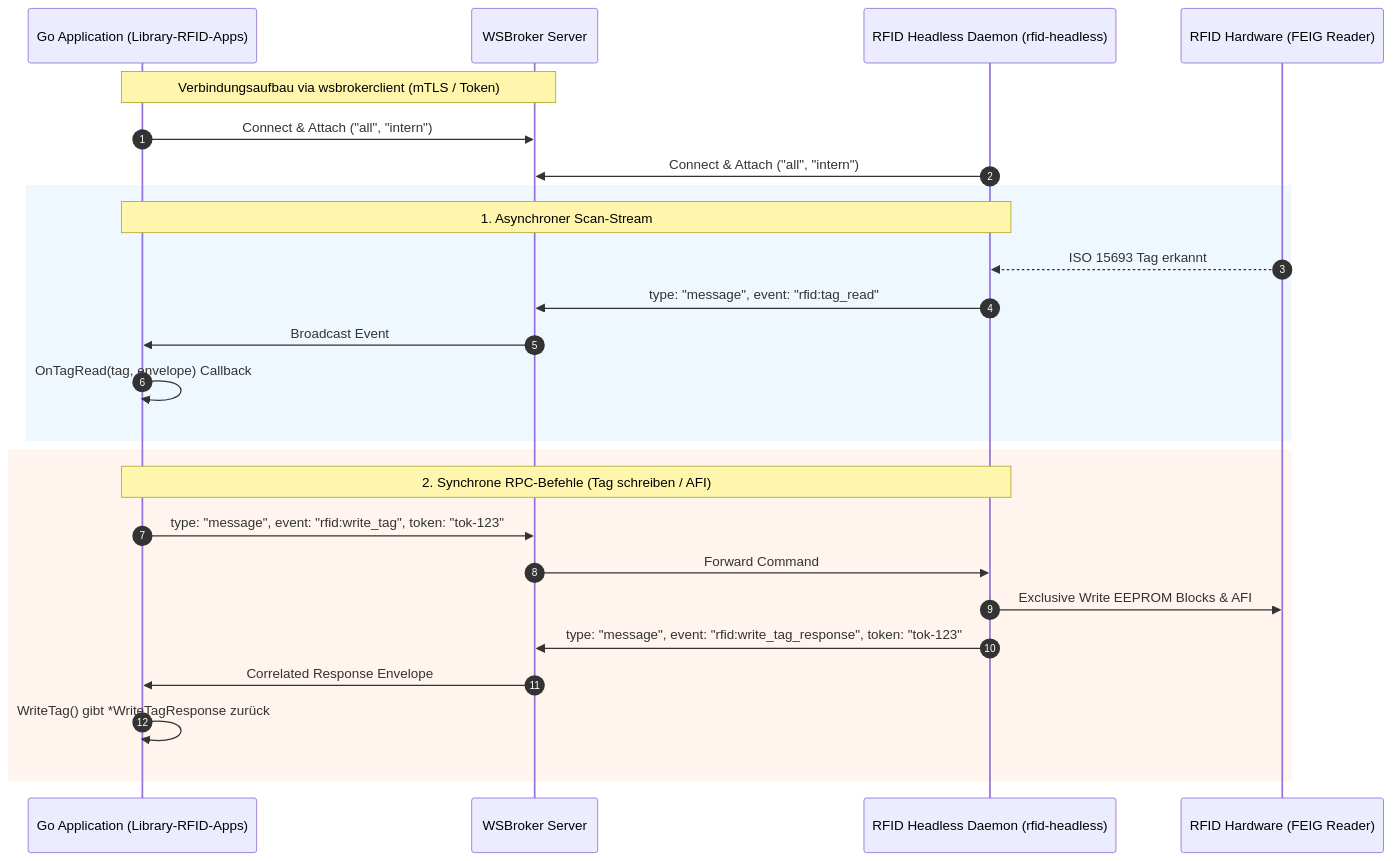
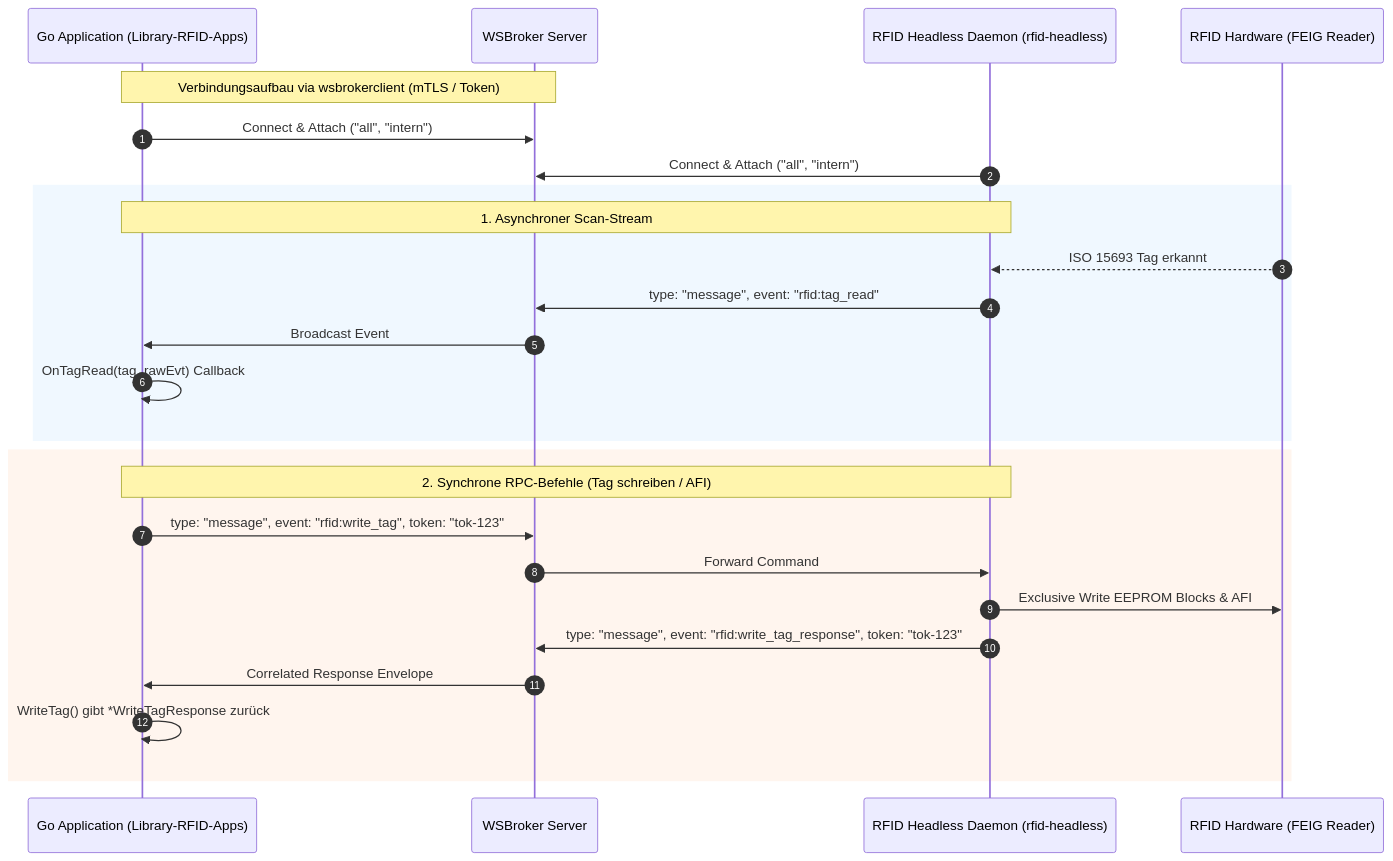
Before and after one commit to je4/Library-RFID-Apps: the second of 2 diagrams in README.md, drawn with Mermaid. The commit also changed other lines of this file and 26 other files, not shown here.

````diff
--- a/README.md
+++ b/README.md
@@ -39,30 +67,30 @@
 ```mermaid
 sequenceDiagram
     autonumber
     participant App as Go Application (Library-RFID-Apps)
     participant WS as WSBroker Server
     participant HL as RFID Headless Daemon (rfid-headless)
     participant HW as RFID Hardware (FEIG Reader)
 
     Note over App,WS: Verbindungsaufbau via wsbrokerclient (mTLS / Token)
     App->>WS: Connect & Attach ("all", "intern")
     HL->>WS: Connect & Attach ("all", "intern")
 
     rect rgb(240, 248, 255)
     Note over HL,App: 1. Asynchroner Scan-Stream
     HW-->>HL: ISO 15693 Tag erkannt
     HL->>WS: type: "message", event: "rfid:tag_read"
     WS->>App: Broadcast Event
-    App->>App: OnTagRead(tag, envelope) Callback
+    App->>App: OnTagRead(tag, rawEvt) Callback
     end
 
     rect rgb(255, 245, 238)
     Note over App,HL: 2. Synchrone RPC-Befehle (Tag schreiben / AFI)
     App->>WS: type: "message", event: "rfid:write_tag", token: "tok-123"
     WS->>HL: Forward Command
     HL->>HW: Exclusive Write EEPROM Blocks & AFI
     HL->>WS: type: "message", event: "rfid:write_tag_response", token: "tok-123"
     WS->>App: Correlated Response Envelope
     App->>App: WriteTag() gibt *WriteTagResponse zurück
     end
 ```
````
